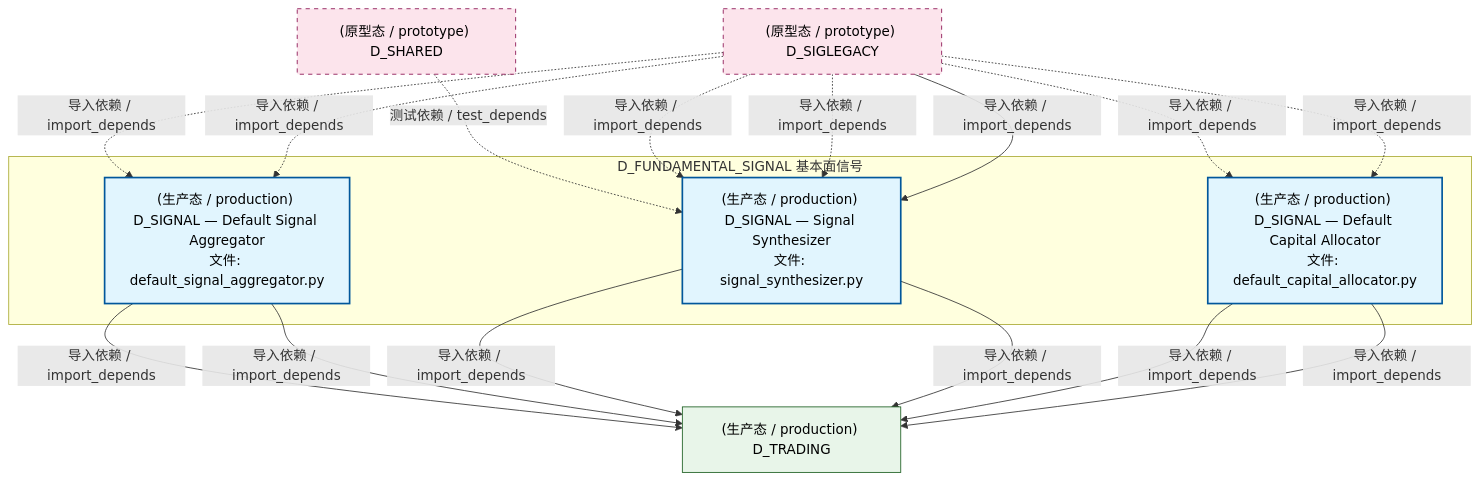
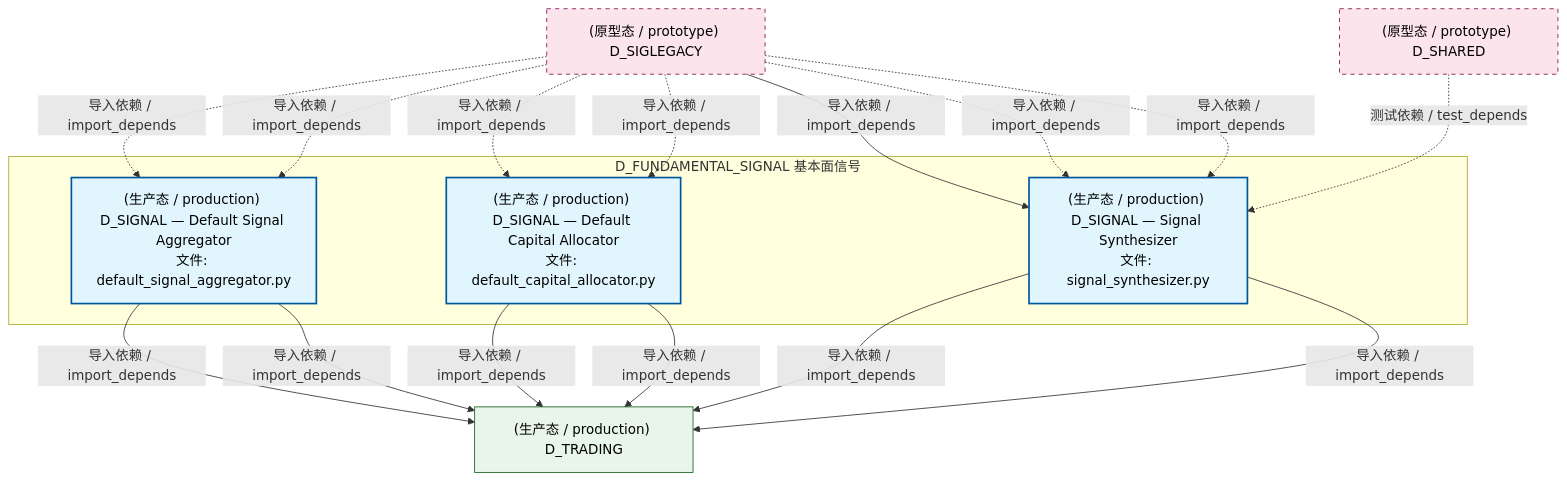
Before and after one commit to xuanFelixVan/ZephyrAlpha: the second of 4 diagrams in docs/02_enterprise_architecture/02_domain_architecture_docs/37_d_fundamental_signal.md, drawn with Mermaid. The commit also changed other lines of this file and 126 other files, not shown here.

````diff
--- a/docs/02_enterprise_architecture/02_domain_architecture_docs/37_d_fundamental_signal.md
+++ b/docs/02_enterprise_architecture/02_domain_architecture_docs/37_d_fundamental_signal.md
@@ -134,32 +134,32 @@
 ```mermaid
 graph TD
     subgraph D_FUNDAMENTAL_SIGNAL["D_FUNDAMENTAL_SIGNAL 基本面信号"]
         src_zephyr_signal_fundamental_gen_implementations_default_signal_aggregator_py["(生产态 / production) D_SIGNAL — Default Signal Aggregator<br/>文件: default_signal_aggregator.py"]
         src_zephyr_signal_fundamental_strategy_implementations_default_capital_allocator_py["(生产态 / production) D_SIGNAL — Default Capital Allocator<br/>文件: default_capital_allocator.py"]
         src_zephyr_signal_fundamental_synth_signal_synthesizer_py["(生产态 / production) D_SIGNAL — Signal Synthesizer<br/>文件: signal_synthesizer.py"]
     end
     D_TRADING["(生产态 / production) D_TRADING"]
     src_zephyr_signal_fundamental_gen_implementations_default_signal_aggregator_py -->|导入依赖 / import_depends| D_TRADING
     src_zephyr_signal_fundamental_gen_implementations_default_signal_aggregator_py -->|导入依赖 / import_depends| D_TRADING
+    src_zephyr_signal_fundamental_strategy_implementations_default_capital_allocator_py -->|导入依赖 / import_depends| D_TRADING
+    src_zephyr_signal_fundamental_strategy_implementations_default_capital_allocator_py -->|导入依赖 / import_depends| D_TRADING
     src_zephyr_signal_fundamental_synth_signal_synthesizer_py -->|导入依赖 / import_depends| D_TRADING
     src_zephyr_signal_fundamental_synth_signal_synthesizer_py -->|导入依赖 / import_depends| D_TRADING
-    src_zephyr_signal_fundamental_strategy_implementations_default_capital_allocator_py -->|导入依赖 / import_depends| D_TRADING
-    src_zephyr_signal_fundamental_strategy_implementations_default_capital_allocator_py -->|导入依赖 / import_depends| D_TRADING
     D_SIGLEGACY["(原型态 / prototype) D_SIGLEGACY"]
     D_SIGLEGACY -.->|导入依赖 / import_depends| src_zephyr_signal_fundamental_gen_implementations_default_signal_aggregator_py
     D_SIGLEGACY -.->|导入依赖 / import_depends| src_zephyr_signal_fundamental_gen_implementations_default_signal_aggregator_py
+    D_SIGLEGACY -.->|导入依赖 / import_depends| src_zephyr_signal_fundamental_strategy_implementations_default_capital_allocator_py
+    D_SIGLEGACY -.->|导入依赖 / import_depends| src_zephyr_signal_fundamental_strategy_implementations_default_capital_allocator_py
+    D_SIGLEGACY -->|导入依赖 / import_depends| src_zephyr_signal_fundamental_synth_signal_synthesizer_py
+    D_SIGLEGACY -.->|导入依赖 / import_depends| src_zephyr_signal_fundamental_synth_signal_synthesizer_py
+    D_SIGLEGACY -.->|导入依赖 / import_depends| src_zephyr_signal_fundamental_synth_signal_synthesizer_py
     D_SHARED["(原型态 / prototype) D_SHARED"]
     D_SHARED -.->|测试依赖 / test_depends| src_zephyr_signal_fundamental_synth_signal_synthesizer_py
-    D_SIGLEGACY -.->|导入依赖 / import_depends| src_zephyr_signal_fundamental_synth_signal_synthesizer_py
-    D_SIGLEGACY -.->|导入依赖 / import_depends| src_zephyr_signal_fundamental_synth_signal_synthesizer_py
-    D_SIGLEGACY -->|导入依赖 / import_depends| src_zephyr_signal_fundamental_synth_signal_synthesizer_py
-    D_SIGLEGACY -.->|导入依赖 / import_depends| src_zephyr_signal_fundamental_strategy_implementations_default_capital_allocator_py
-    D_SIGLEGACY -.->|导入依赖 / import_depends| src_zephyr_signal_fundamental_strategy_implementations_default_capital_allocator_py
     classDef production fill:#e1f5fe,stroke:#01579b,stroke-width:2px,color:#000
     classDef design fill:#fff3e0,stroke:#e65100,stroke-width:2px,color:#000,stroke-dasharray: 5 5
     classDef external_prod fill:#e8f5e9,stroke:#1b5e20,stroke-width:1px,color:#000
     classDef external_design fill:#fce4ec,stroke:#880e4f,stroke-width:1px,color:#000,stroke-dasharray: 5 5
     class src_zephyr_signal_fundamental_gen_implementations_default_signal_aggregator_py,src_zephyr_signal_fundamental_strategy_implementations_default_capital_allocator_py,src_zephyr_signal_fundamental_synth_signal_synthesizer_py production
     class D_TRADING external_prod
     class D_SIGLEGACY,D_SHARED external_design
 ```
````
